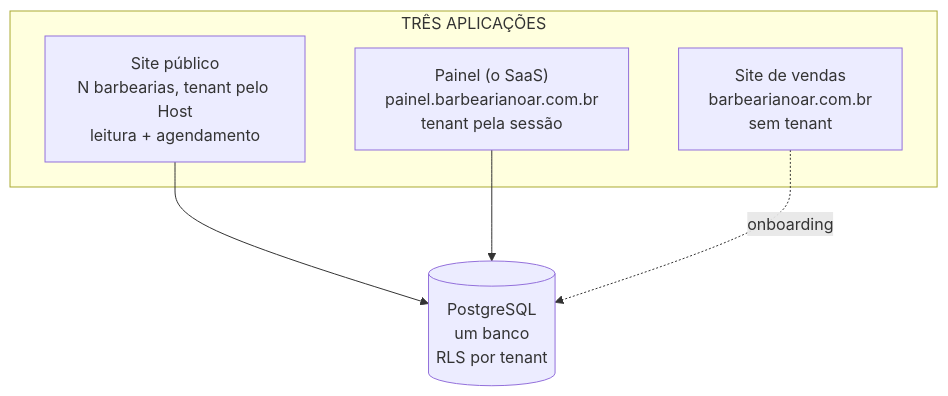
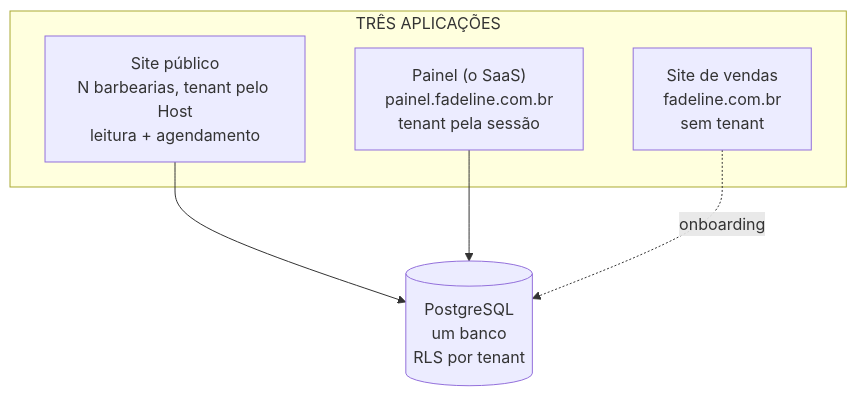
The diagram in docs/ARQUITETURA-MULTI-TENANT-V1.md (Alexandfdes/Barbearia), drawn with Mermaid before and after one commit. The commit also changed other lines of this file and 15 other files, not shown here.

````diff
--- a/docs/ARQUITETURA-MULTI-TENANT-V1.md
+++ b/docs/ARQUITETURA-MULTI-TENANT-V1.md
@@ -36,11 +36,11 @@
 ```mermaid
 flowchart TD
     subgraph apps["TRÊS APLICAÇÕES"]
         S["Site público<br/>N barbearias, tenant pelo Host<br/>leitura + agendamento"]
-        P["Painel (o SaaS)<br/>painel.barbearianoar.com.br<br/>tenant pela sessão"]
-        V["Site de vendas<br/>barbearianoar.com.br<br/>sem tenant"]
+        P["Painel (o SaaS)<br/>painel.fadeline.com.br<br/>tenant pela sessão"]
+        V["Site de vendas<br/>fadeline.com.br<br/>sem tenant"]
     end
     S --> DB[("PostgreSQL<br/>um banco<br/>RLS por tenant")]
     P --> DB
     V -.->|onboarding| DB
 ```
````
